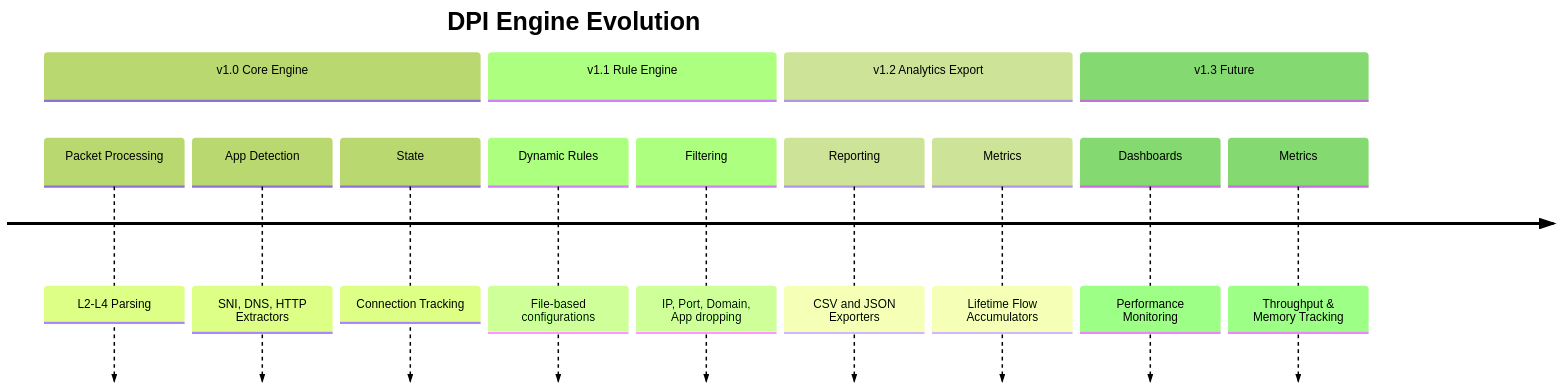
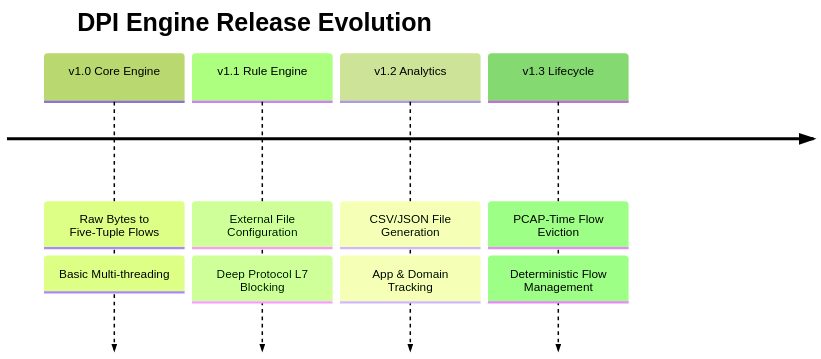
The eighth of 8 diagrams in README.md (NamanKejriwal/DPI-Engine), drawn with Mermaid (forest theme) before and after one commit. The commit also changed other lines of this file and 7 other files, not shown here.

Commit message:
Add flow lifecycle management

````diff
--- a/README.md
+++ b/README.md
@@ -362,17 +581,12 @@
 ```mermaid
 timeline
-    title DPI Engine Evolution
-    section v1.0 Core Engine
-        Packet Processing : L2-L4 Parsing
-        App Detection : SNI, DNS, HTTP Extractors
-        State : Connection Tracking
-    section v1.1 Rule Engine
-        Dynamic Rules : File-based configurations
-        Filtering : IP, Port, Domain, App dropping
-    section v1.2 Analytics Export
-        Reporting : CSV and JSON Exporters
-        Metrics : Lifetime Flow Accumulators
-    section v1.3 Future
-        Dashboards : Performance Monitoring
-        Metrics : Throughput & Memory Tracking
+    title DPI Engine Release Evolution
+    v1.0 Core Engine : Raw Bytes to Five-Tuple Flows
+                     : Basic Multi-threading
+    v1.1 Rule Engine : External File Configuration
+                     : Deep Protocol L7 Blocking
+    v1.2 Analytics   : CSV/JSON File Generation
+                     : App & Domain Tracking
+    v1.3 Lifecycle   : PCAP-Time Flow Eviction
+                     : Deterministic Flow Management
 ```
````
